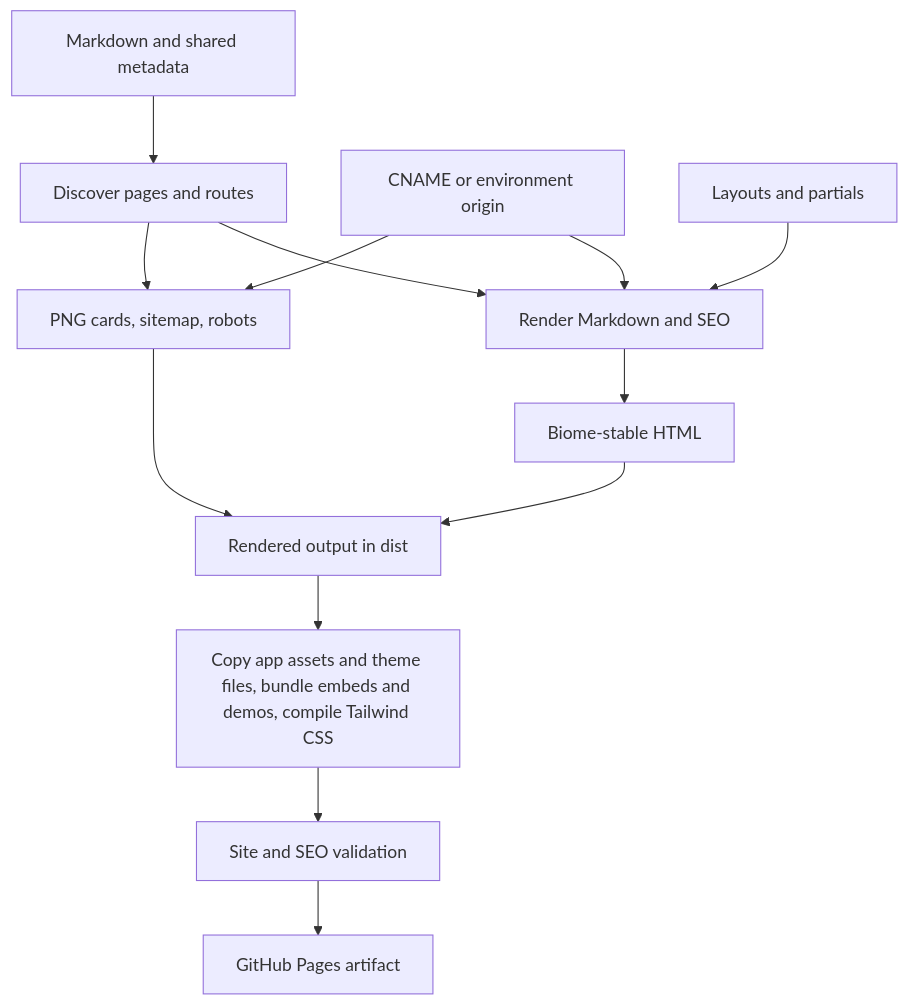
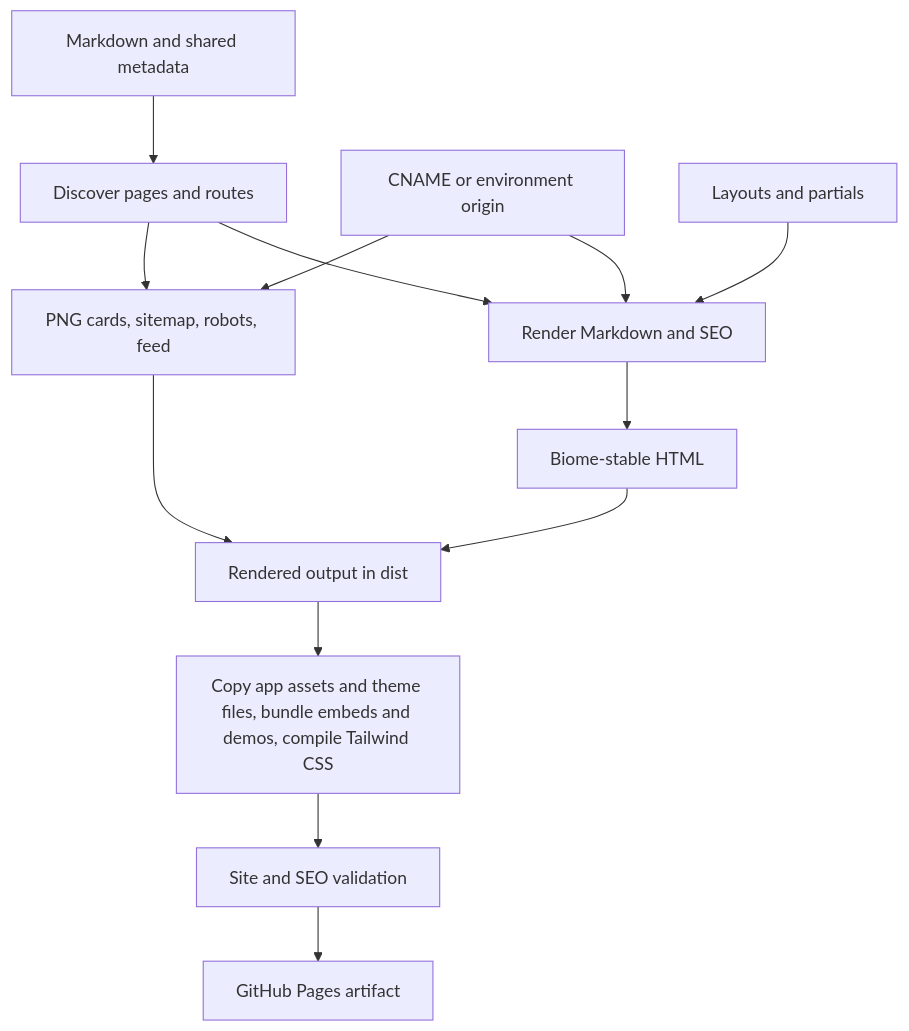
The diagram in docs/rendering-flow.md (pulkitxm/pulkit.page), drawn with Mermaid before and after one commit. The commit also changed other lines of this file and 299 other files, not shown here.

````diff
--- a/docs/rendering-flow.md
+++ b/docs/rendering-flow.md
@@ -7,15 +7,15 @@
 ```mermaid
 flowchart TD
   A[Markdown and shared metadata] --> B[Discover pages and routes]
   O[CNAME or environment origin] --> C[Render Markdown and SEO]
   B --> C
   L[Layouts and partials] --> C
   C --> D[Biome-stable HTML]
-  B --> E[PNG cards, sitemap, robots]
+  B --> E[PNG cards, sitemap, robots, feed]
   O --> E
   D --> F[Rendered output in dist]
   E --> F
   F --> I[Copy app assets and theme files, bundle embeds and demos, compile Tailwind CSS]
   I --> J[Site and SEO validation]
   J --> K[GitHub Pages artifact]
 ```
````
